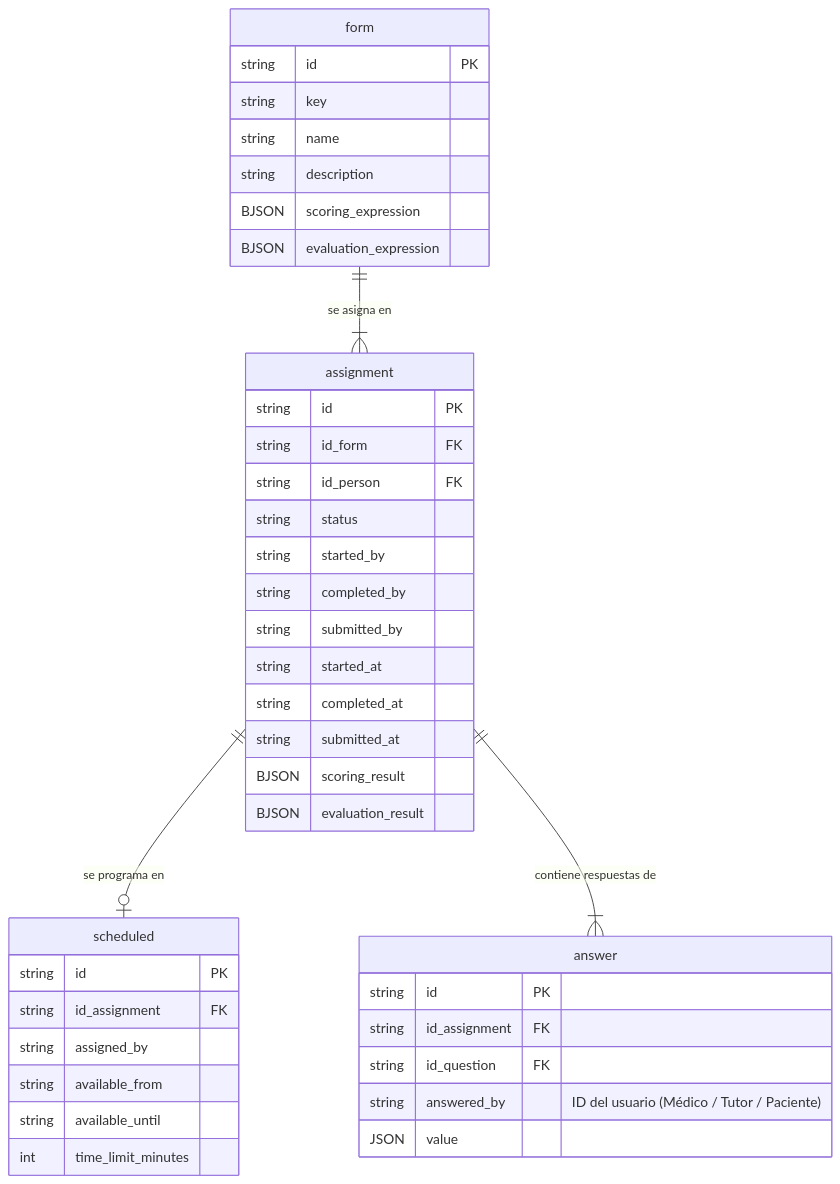
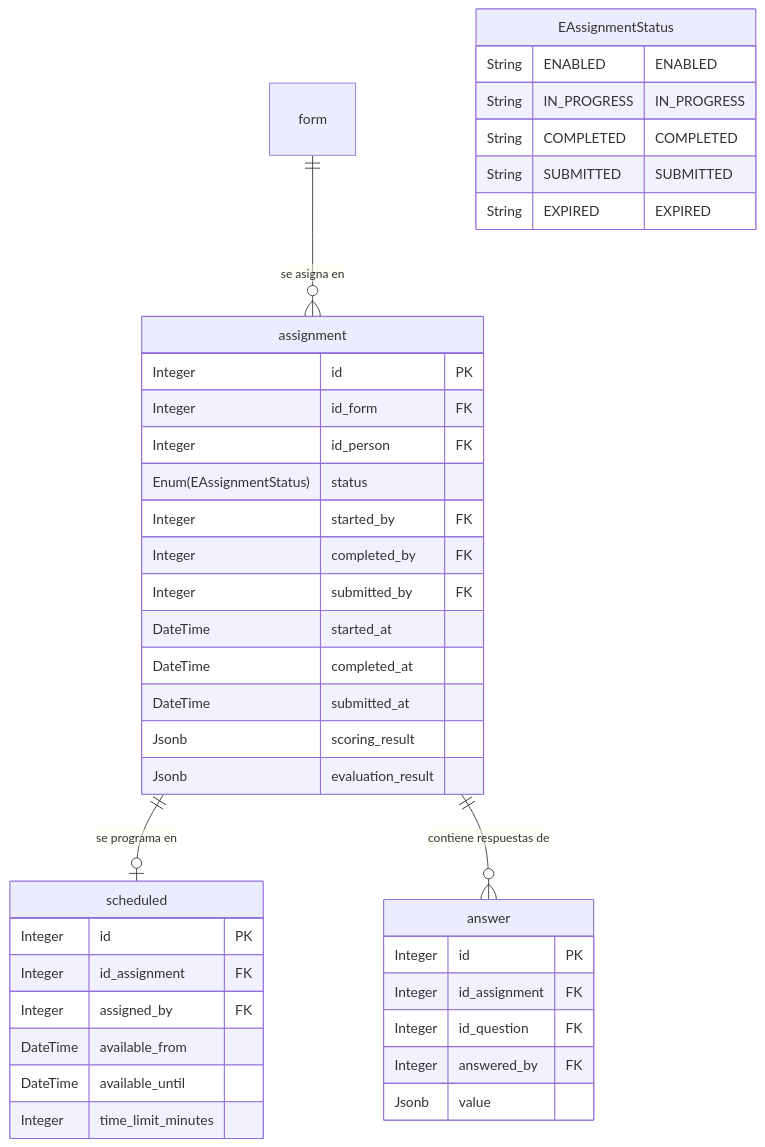
Before and after one commit to m4ck-y/dh_docs: the diagram in features/questionnaires/ERD_responses.mmd, drawn with Mermaid. The commit also changed 4 other files, not shown here.

First line of the commit message:
docs(questionnaires): align ERD_responses with DDL and agent rules

```diff
--- a/features/questionnaires/ERD_responses.mmd
+++ b/features/questionnaires/ERD_responses.mmd
@@ -1,82 +1,105 @@
 erDiagram
     %% ===============================================================
-    %% DECISIÓN DE ARQUITECTURA: ASSIGNMENT COMO TAREA/EVENTO
-    %% Cada reevaluación o renovación (manual o programada) crea una 
-    %% nueva fila en 'assignment'. No se usa como tabla maestra fija.
+    %% SCHEMA form: ejecucion de cuestionarios (modelo V2: assignment
+    %% como tarea/evento). Fuente de verdad: db_ddl.sql (seccion de ejecucion).
+    %% ----
+    %% DECISION DE ARQUITECTURA: ASSIGNMENT COMO TAREA/EVENTO
+    %% Cada reevaluacion o renovacion (manual o programada) crea una nueva
+    %% fila en 'assignment'. No se usa como tabla maestra fija. El modelo V1
+    %% (bd_mermaid.mmd de la referencia app_questionnaire) usaba 'response'
+    %% intermedia con attempt_number y los puentes form_direct_responses /
+    %% scheduled_responses; en V2 se eliminan (ver README, Diferencias V1 -> V2).
+    %% ----
+    %% 'form' y 'question' estan definidas en ERD_questionnaires.mmd
+    %% (no se duplican bloques aqui).
+    %% ----
+    %% Todas las tablas heredan de BaseModel (agregados automaticamente, no se listan):
+    %%   id Integer PK interno incremental, uuid UUID externo, created_at, updated_at,
+    %%   deleted_at, *_by_id_user
+    %% Solo se listan las columnas especificas de cada entidad.
+    %% Las FK referencian el id Integer interno de la tabla destino.
+    %% Las columnas *_by (started_by, completed_by, submitted_by, assigned_by,
+    %% answered_by) son FK a la entidad de usuarios (otro schema); no se
+    %% dibuja la relacion aqui.
     %% ===============================================================
 
-    form {
-        string id PK
-        string key
-        string name
-        string description
-        BJSON scoring_expression
-        BJSON evaluation_expression
+    %% ============ RELACIONES ============
+    %% o{ = cero o muchos: un form del catalogo puede existir sin asignaciones.
+    form ||--o{ assignment : "se asigna en"
+    %% o| = cero o uno: solo si un profesional programo el cuestionario; el flujo
+    %% directo (paciente auto-contesta) no tiene scheduled.
+    assignment ||--o| scheduled : "se programa en"
+    %% o{ = cero o muchos: una assignment ENABLED (accion "Iniciar") aun no
+    %% tiene respuestas.
+    assignment ||--o{ answer : "contiene respuestas de"
+
+    %% ============ ENUMS ============
+    %% EAssignmentStatus: ciclo de vida de la tarea (CREATE TYPE en db_ddl.sql).
+    %% ENABLED      -> Front: "Cuestionario disponible" | Accion: Iniciar
+    %% IN_PROGRESS  -> Front: "Continuar cuestionario" | Accion: Continuar
+    %% COMPLETED    -> Front: "Revisa tus respuestas antes de enviar" | Accion: Enviar / Editar
+    %% SUBMITTED    -> Front: "Cuestionario enviado" | Accion: Ver resumen/resultados (solo lectura)
+    %% EXPIRED      -> Front: "El cuestionario vencio" | Accion: Ver respuestas incompletas (solo lectura)
+    %% Nota V2: el estado DISABLED del modelo V1 se omite a proposito; una asignacion
+    %% deshabilitada se representa con soft-delete (deleted_at de BaseModel).
+    EAssignmentStatus {
+        String ENABLED "ENABLED"
+        String IN_PROGRESS "IN_PROGRESS"
+        String COMPLETED "COMPLETED"
+        String SUBMITTED "SUBMITTED"
+        String EXPIRED "EXPIRED"
     }
 
+    %% ============ ENTIDADES ============
     assignment {
-        string id PK
-        string id_form FK
-        string id_person FK
-        %% status: ENABLED | IN_PROGRESS | COMPLETED | SUBMITTED | EXPIRED
-        %% ENABLED      -> Front: "Cuestionario disponible" | Accion: Iniciar
-        %% IN_PROGRESS  -> Front: "Continuar cuestionario" | Accion: Continuar
-        %% COMPLETED    -> Front: "Revisa tus respuestas antes de enviar" | Accion: Enviar / Editar
-        %% SUBMITTED    -> Front: "Cuestionario enviado" | Accion: Ver resumen/resultados (solo lectura)
-        %% EXPIRED      -> Front: "El cuestionario vencio" | Accion: Ver respuestas incompletas (solo lectura)
-        string status
-        %% Trazabilidad y auditoría de la sesión completa
-        string started_by
-        string completed_by
-        string submitted_by
-        string started_at
-        string completed_at
-        string submitted_at
+        %% id_person: persona/entidad a quien se asigna el form
+        %% (puede diferir de quien responde, ver answer.answered_by)
+        Integer id PK
+        Integer id_form FK
+        Integer id_person FK
+        Enum(EAssignmentStatus) status
+        %% Trazabilidad y auditoria de la sesion completa (FK a usuarios)
+        Integer started_by FK
+        Integer completed_by FK
+        Integer submitted_by FK
+        DateTime started_at
+        DateTime completed_at
+        DateTime submitted_at
         %% Resultado definitivo de ESTA assignment. No es cache: como cada
         %% assignment es un evento unico, el resultado le pertenece.
-        BJSON scoring_result
-        BJSON evaluation_result
+        Jsonb scoring_result
+        Jsonb evaluation_result
+        %% Nota V2: n_questions_total / n_questions_answered del modelo V1 NO se
+        %% persisten; el progreso se calcula al vuelo desde answer.
     }
 
     %% Ventana de disponibilidad temporal para cuestionarios programados.
     %% Solo existe si un profesional programo el cuestionario: en flujos
     %% directos (paciente auto-contesta) NO hay 'scheduled'.
     scheduled {
-        string id PK
-        string id_assignment FK
+        Integer id PK
+        Integer id_assignment FK
         %% Referencia al usuario (medico/enfermera/admin/sistema) que programo.
         %% No es un enum: es un FK a la entidad de usuarios.
-        string assigned_by
-        string available_from
-        string available_until
-        int time_limit_minutes
+        Integer assigned_by FK
+        DateTime available_from
+        DateTime available_until
+        Integer time_limit_minutes
     }
 
     %% ===============================================================
-    %% DECISIÓN DE ARQUITECTURA: TRAZABILIDAD POR PREGUNTA
-    %% 'answered_by' vive en cada answer individual para auditar 
-    %% si una pregunta específica la respondió el médico, tutor o paciente.
+    %% DECISION DE ARQUITECTURA: TRAZABILIDAD POR PREGUNTA
+    %% 'answered_by' vive en cada answer individual para auditar
+    %% si una pregunta especifica la respondio el medico, tutor o paciente.
     %% ===============================================================
     answer {
-        string id PK
-        string id_assignment FK
-        string id_question FK
+        Integer id PK
+        Integer id_assignment FK
+        Integer id_question FK
         %% Referencia al usuario que ingreso esta respuesta puntual.
         %% Permite auditar si la contesto el medico, tutor o paciente.
         %% No es un enum: es un FK a la entidad de usuarios.
-        string answered_by "ID del usuario (Médico / Tutor / Paciente)"
-        JSON value
+        Integer answered_by FK
+        %% value: JSONB normalizado {type, value} (CHECK en db_ddl.sql)
+        Jsonb value
     }
-
-    %% ===============================================================
-    %% CARDINALIDADES DEL MODELO
-    %% form --|| a |{-- assignment : un form tiene muchas assignments;
-    %%   cada assignment pertenece a un unico form.
-    %% assignment --o| a scheduled (cero o uno): un assignment tiene a lo
-    %%   sumo UNA programacion. 'o' cubre el flujo directo (sin programar).
-    %% assignment --|{ a answer : una assignment tiene muchas answers;
-    %%   cada answer pertenece a una unica assignment.
-    %% ===============================================================
-    form ||--|{ assignment : "se asigna en"
-    assignment ||--o| scheduled : "se programa en"
-    assignment ||--|{ answer : "contiene respuestas de"
```
